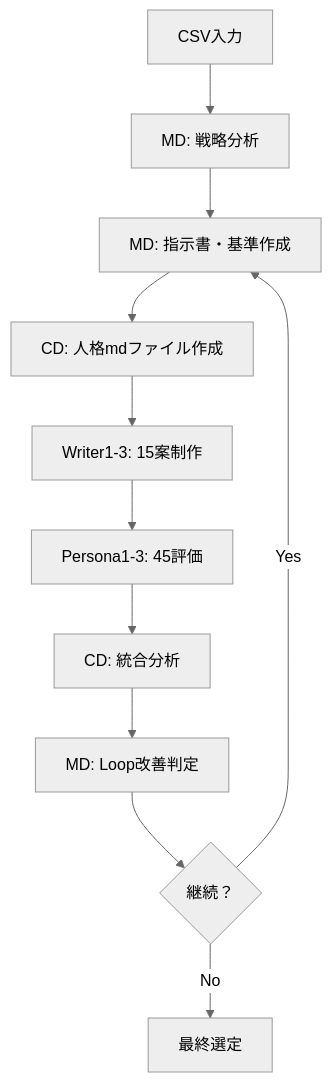
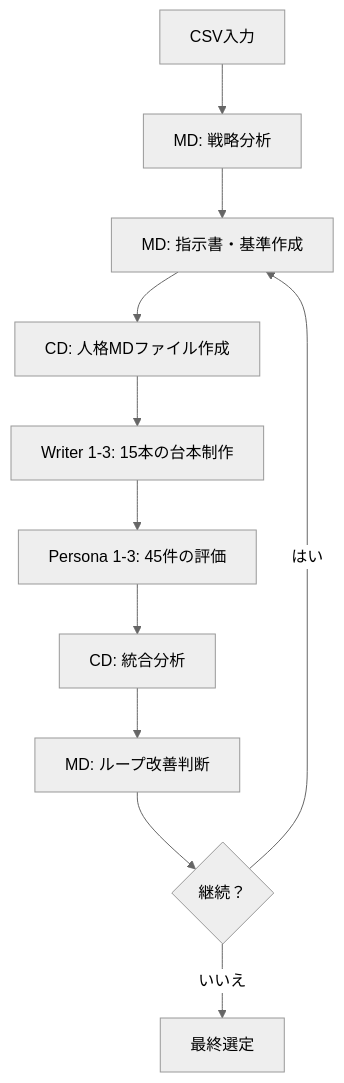
The diagram in CLAUDE.md (senjinshuji/daihon-workflow), drawn with Mermaid (neutral theme) before and after one commit. The commit also changed other lines of this file and 116 other files, not shown here.

````diff
--- a/CLAUDE.md
+++ b/CLAUDE.md
@@ -33,13 +35,13 @@
 ```mermaid
 flowchart TD
     A[CSV入力] --> B[MD: 戦略分析]
     B --> C[MD: 指示書・基準作成]
-    C --> D[CD: 人格mdファイル作成]
-    D --> E[Writer1-3: 15案制作]
-    E --> F[Persona1-3: 45評価]
+    C --> D[CD: 人格MDファイル作成]
+    D --> E[Writer 1-3: 15本の台本制作]
+    E --> F[Persona 1-3: 45件の評価]
     F --> G[CD: 統合分析]
-    G --> H[MD: Loop改善判定]
+    G --> H[MD: ループ改善判断]
     H --> I{継続？}
-    I -->|Yes| C
-    I -->|No| J[最終選定]
+    I -->|はい| C
+    I -->|いいえ| J[最終選定]
 ```
````
